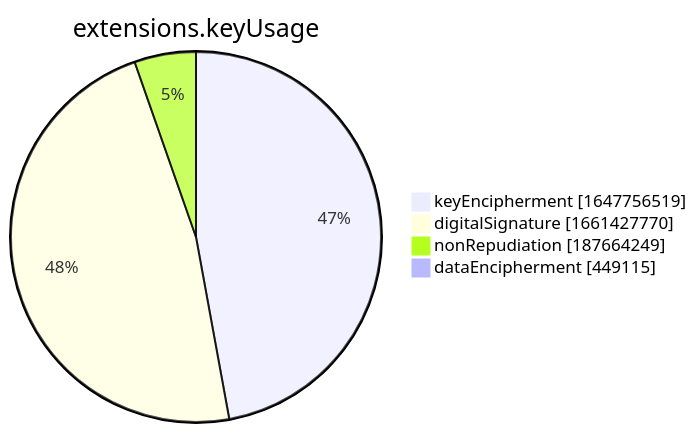
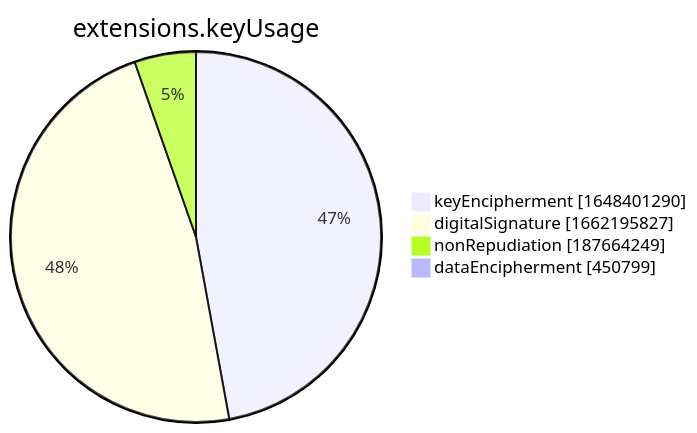
Before and after one commit to christiankrug/ctmonitor_visualization: the seventh of 15 diagrams in xenon2022/README.md, drawn with Mermaid. The commit also changed other lines of this file, not shown here.

````diff
--- a/xenon2022/README.md
+++ b/xenon2022/README.md
@@ -2857,8 +2857,8 @@
 ```mermaid
 pie showData
 title extensions.keyUsage
-"keyEncipherment" :1647756519
-"digitalSignature" :1661427770
+"keyEncipherment" :1648401290
+"digitalSignature" :1662195827
 "nonRepudiation" :187664249
-"dataEncipherment" :449115
+"dataEncipherment" :450799
 ```
````
